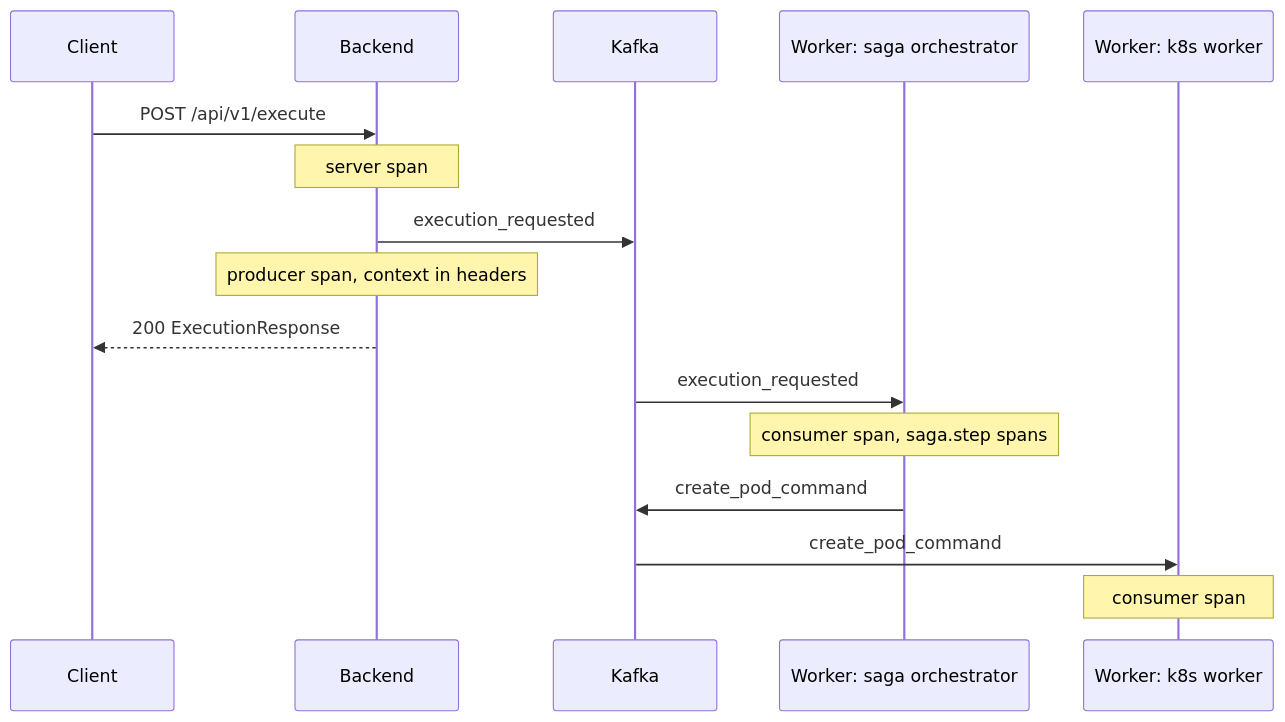
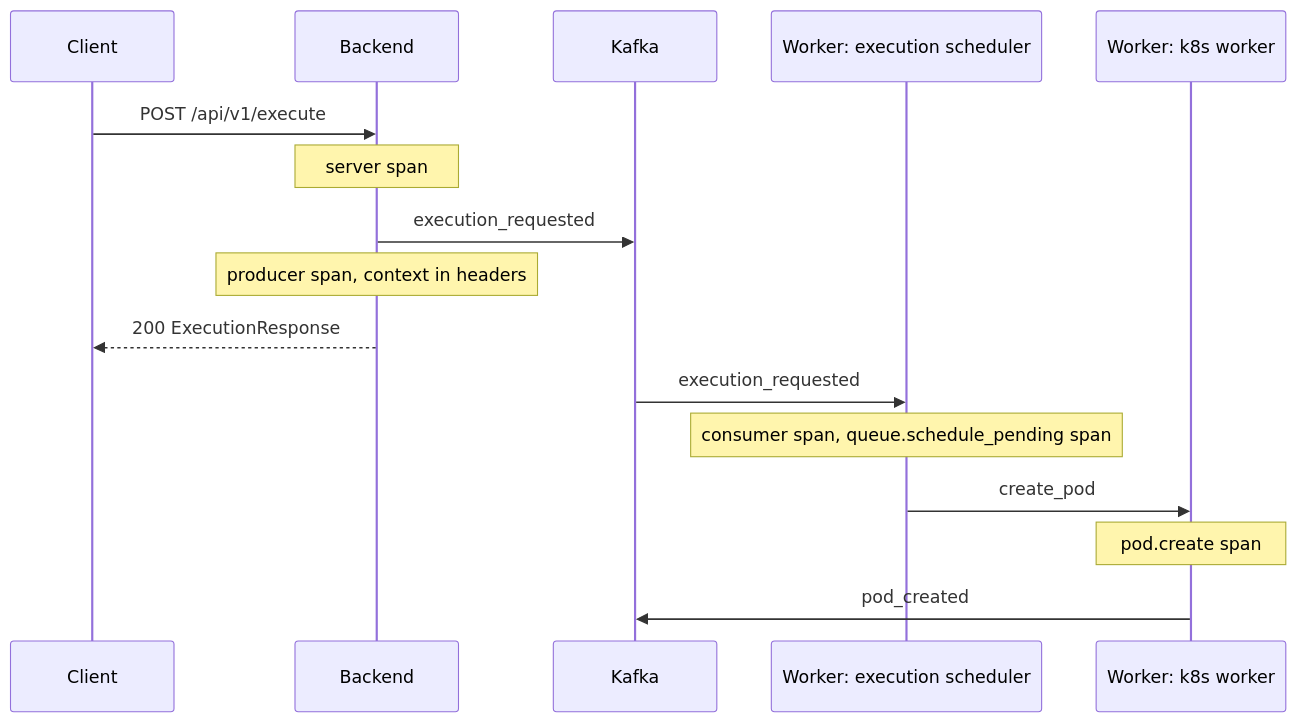
Before and after one commit to HardMax71/Integr8sCode: the diagram in docs/operations/tracing.md, drawn with Mermaid. The commit also changed other lines of this file and 119 other files, not shown here.

First line of the commit message:
refactor: the worker runs executions without a saga, and cancel stops the pod (#428)

````diff
--- a/docs/operations/tracing.md
+++ b/docs/operations/tracing.md
@@ -41,19 +41,19 @@
 ```mermaid
 sequenceDiagram
     participant Client
     participant API as Backend
     participant Kafka
-    participant Saga as Worker: saga orchestrator
+    participant Sched as Worker: execution scheduler
     participant K8s as Worker: k8s worker
 
     Client->>API: POST /api/v1/execute
     Note over API: server span
     API->>Kafka: execution_requested
     Note over API: producer span, context in headers
     API-->>Client: 200 ExecutionResponse
-    Kafka->>Saga: execution_requested
-    Note over Saga: consumer span, saga.step spans
-    Saga->>Kafka: create_pod_command
-    Kafka->>K8s: create_pod_command
-    Note over K8s: consumer span
+    Kafka->>Sched: execution_requested
+    Note over Sched: consumer span, queue.schedule_pending span
+    Sched->>K8s: create_pod
+    Note over K8s: pod.create span
+    K8s->>Kafka: pod_created
 ```
````
